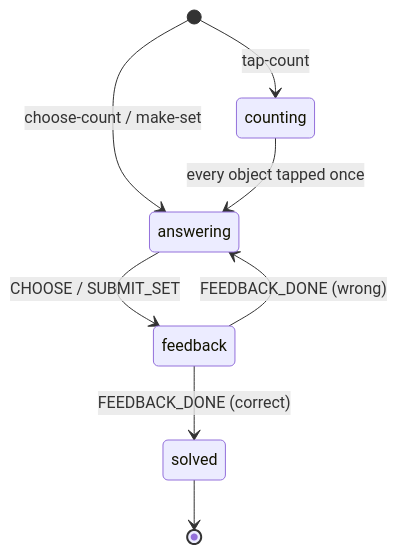
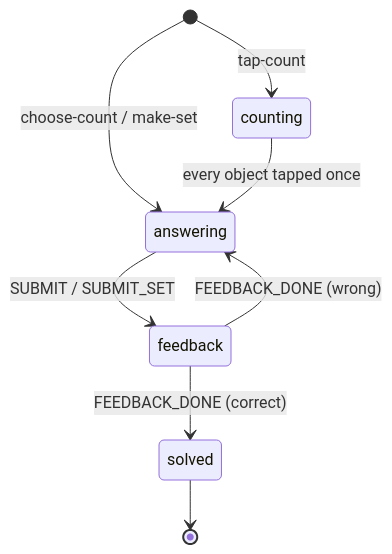
One commit to wissile/brainzippy changed the first of 2 diagrams in docs/GAME_ENGINE.md. Above: the diagram before and after it, drawn with Mermaid. The commit also changed other lines of this file and 3 other files, not shown here.

````diff
--- a/docs/GAME_ENGINE.md
+++ b/docs/GAME_ENGINE.md
@@ -21,10 +28,10 @@
 ```mermaid
 stateDiagram-v2
   [*] --> counting: tap-count
   [*] --> answering: choose-count / make-set
   counting --> answering: every object tapped once
-  answering --> feedback: CHOOSE / SUBMIT_SET
+  answering --> feedback: SUBMIT / SUBMIT_SET
   feedback --> answering: FEEDBACK_DONE (wrong)
   feedback --> solved: FEEDBACK_DONE (correct)
   solved --> [*]
 ```
````
